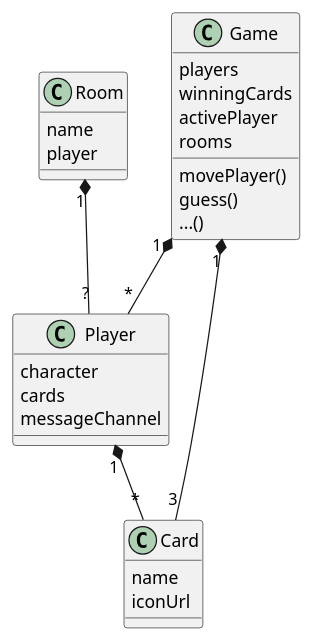
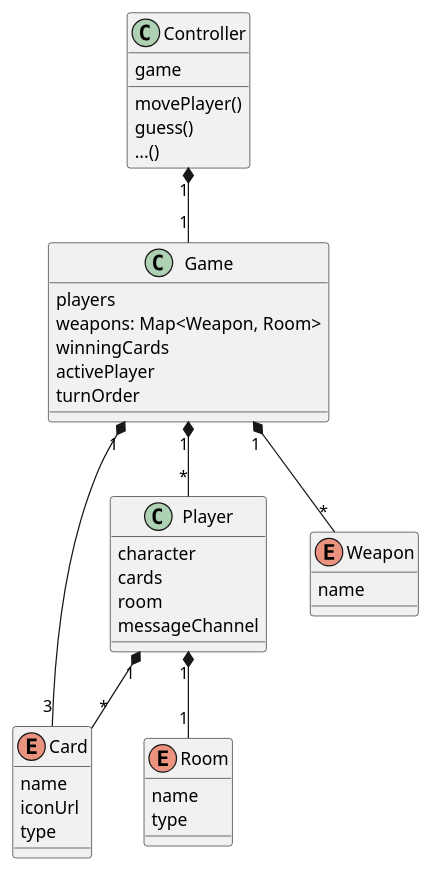
One commit to ymikhaylov/605.401 changed the diagram in design/game.plantuml. Above: the diagram before and after it, drawn with PlantUML.

Commit message:
Use enums for instance controlled classes
Since we know all the cards and rooms that will be created it is
appropriate to use enums for them.

```diff
--- a/design/game.plantuml
+++ b/design/game.plantuml
@@ -1,34 +1,47 @@
 @startuml
 
 Game "1" *-- "*" Player
 Game "1" *-- "3" Card
+Game "1" *-- "*" Weapon
 Player "1" *-- "*" Card
-Room "1" *-- "?" Player
+Player "1" *-- "1" Room
+Controller "1" *-- "1" Game
 
 class Game {
 players
+weapons: Map<Weapon, Room>
 winningCards
 activePlayer
-rooms
+turnOrder
+}
+
+class Player {
+character
+cards
+room
+messageChannel
+}
+
+enum Weapon {
+name
+}
+
+enum Card {
+name
+iconUrl
+type
+}
+
+enum Room {
+name
+type
+}
+
+class Controller {
+game
 movePlayer()
 guess()
 ...()
 }
 
-class Player {
-character
-cards
-messageChannel
-}
-
-class Card {
-name
-iconUrl
-}
-
-class Room {
-name
-player
-}
-
 @enduml
```
